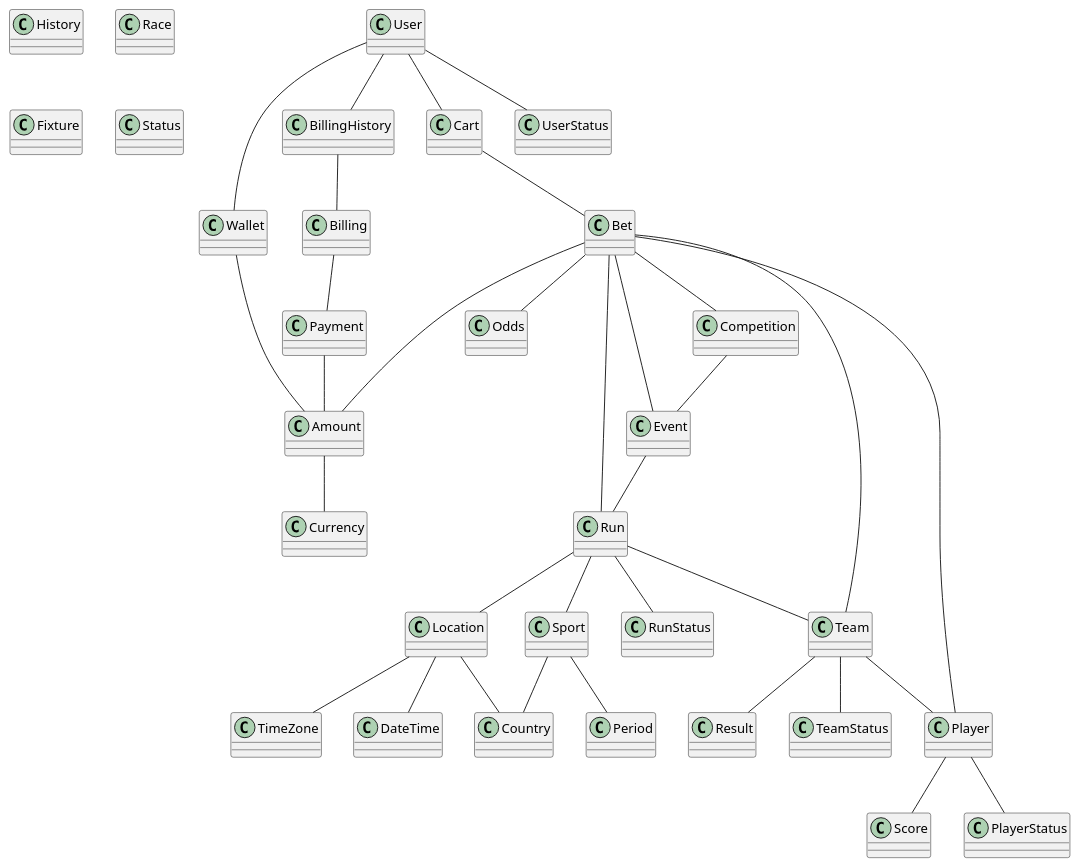
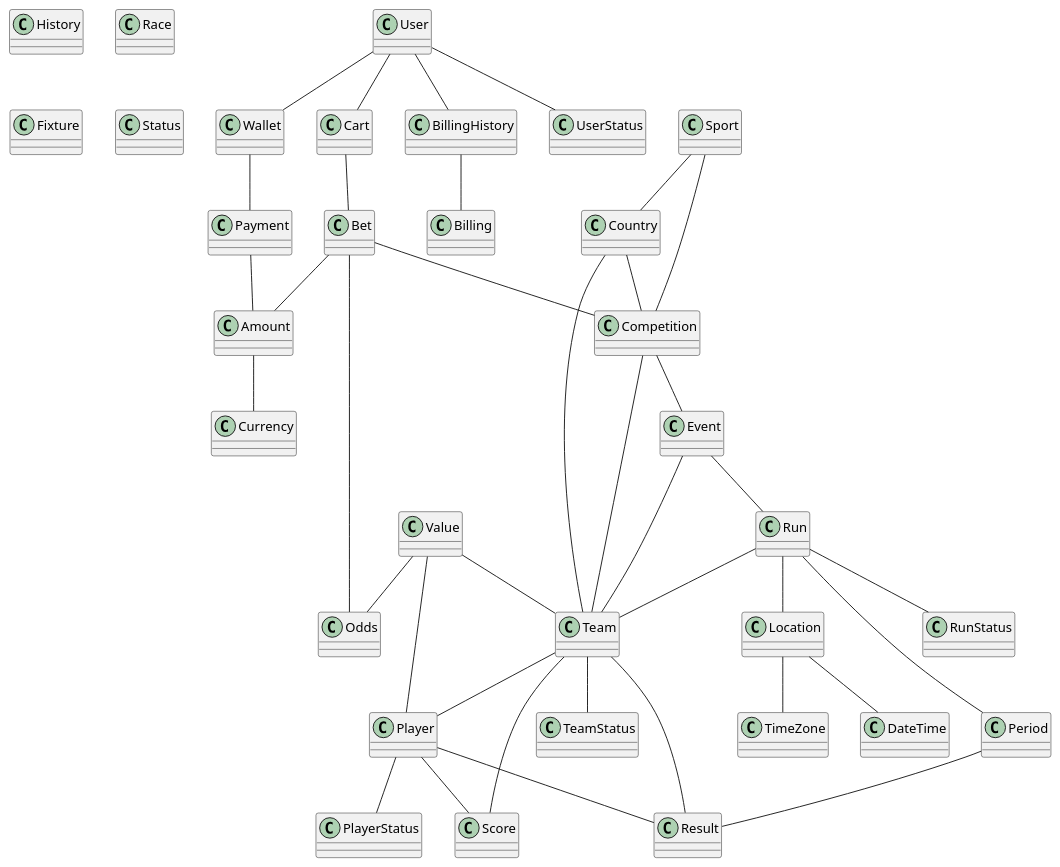
One commit to OFP-CDA-Mulhouse-2020/parisportif5 changed the diagram in Diagramme_de_classe.puml. Above: the diagram before and after it, drawn with PlantUML. The commit also changed 1 other file, not shown here.

Commit message:
2020-11-05 - #1 - restructuration du diagramme de classe

```diff
--- a/Diagramme_de_classe.puml
+++ b/Diagramme_de_classe.puml
@@ -1,60 +1,65 @@
 @startuml parisportif5
 User -- Wallet
 User -- Cart
 User -- UserStatus
 User -- BillingHistory
 BillingHistory -- Billing
-Wallet -- Amount
 Amount -- Currency
 Cart -- Bet
 Bet -- Amount
 Bet -- Odds
-Billing -- Payment
+Bet -- Competition
+Sport -- Competition
+Country -- Competition
+Wallet -- Payment
 Payment -- Amount
 Competition -- Event
 Event -- Run
-Run -- Sport
 Run -- RunStatus
 Run -- Location
 Team -- Result
+Period -- Result
 Player -- Score
-Location -- Country
 Location -- TimeZone
 Location -- DateTime
-Sport -- Period
-Sport -- Country
+Run -- Period
 Run -- Team
 Team -- Player
 Team -- TeamStatus
 Player -- PlayerStatus
-Bet -- Competition
-Bet -- Event
-Bet -- Run
-Bet -- Team
-Bet -- Player
+Country -- Team
+Competition -- Team
+Event -- Team
+Score -- Team
+Player -- Result
+Value -- Odds
+Value -- Team
+Value -- Player
+Sport -- Country
 class User
 class Wallet
 class Currency
 class Cart
 class Bet
 class Odds
 class Amount
 class Payment
 class Billing
 class History
 class Location
 class Sport
 class Country
 class Competition
 class Event
 class Race
 class Fixture
 class DateTime
 class Period
 class Score
 class Result
 class Status
 class PlayerStatus
 class Player
 class Team
+class Value
 @enduml
```
